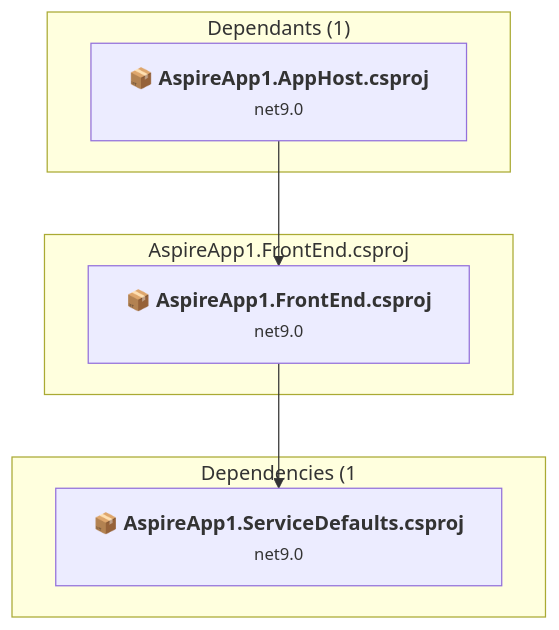
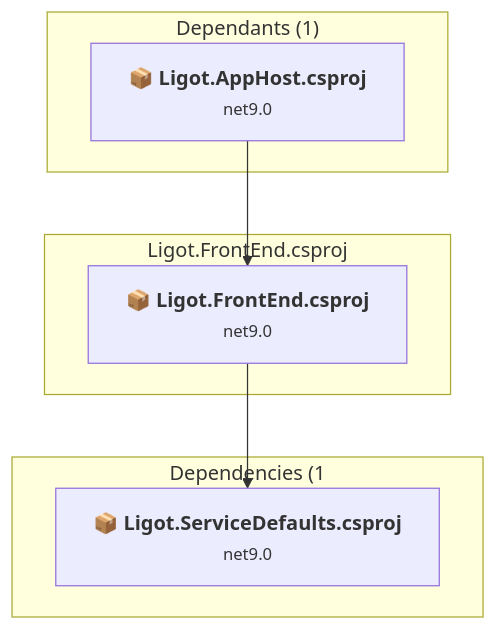
The seventh of 7 diagrams in .github/upgrades/assessment.md (TomizawaAtLogit/MyCRM), drawn with Mermaid before and after one commit. The commit also changed other lines of this file and 559 other files, not shown here.

Commit message:
Rename AspireApp1 → Ligot: projects, namespaces, solution, docs

````diff
--- a/.github/upgrades/assessment.md
+++ b/.github/upgrades/assessment.md
@@ -422,18 +422,18 @@
 ```mermaid
 flowchart TB
     subgraph upstream["Dependants (1)"]
-        P1["<b>📦&nbsp;AspireApp1.AppHost.csproj</b><br/><small>net9.0</small>"]
-        click P1 "#aspireapp1apphostaspireapp1apphostcsproj"
+        P1["<b>📦&nbsp;Ligot.AppHost.csproj</b><br/><small>net9.0</small>"]
+        click P1 "#LigotapphostLigotapphostcsproj"
     end
-    subgraph current["AspireApp1.FrontEnd.csproj"]
-        MAIN["<b>📦&nbsp;AspireApp1.FrontEnd.csproj</b><br/><small>net9.0</small>"]
-        click MAIN "#aspireapp1webaspireapp1frontendcsproj"
+    subgraph current["Ligot.FrontEnd.csproj"]
+        MAIN["<b>📦&nbsp;Ligot.FrontEnd.csproj</b><br/><small>net9.0</small>"]
+        click MAIN "#LigotwebLigotfrontendcsproj"
     end
     subgraph downstream["Dependencies (1"]
-        P2["<b>📦&nbsp;AspireApp1.ServiceDefaults.csproj</b><br/><small>net9.0</small>"]
-        click P2 "#aspireapp1servicedefaultsaspireapp1servicedefaultscsproj"
+        P2["<b>📦&nbsp;Ligot.ServiceDefaults.csproj</b><br/><small>net9.0</small>"]
+        click P2 "#LigotservicedefaultsLigotservicedefaultscsproj"
     end
     P1 --> MAIN
     MAIN --> P2
 
 ```
````
